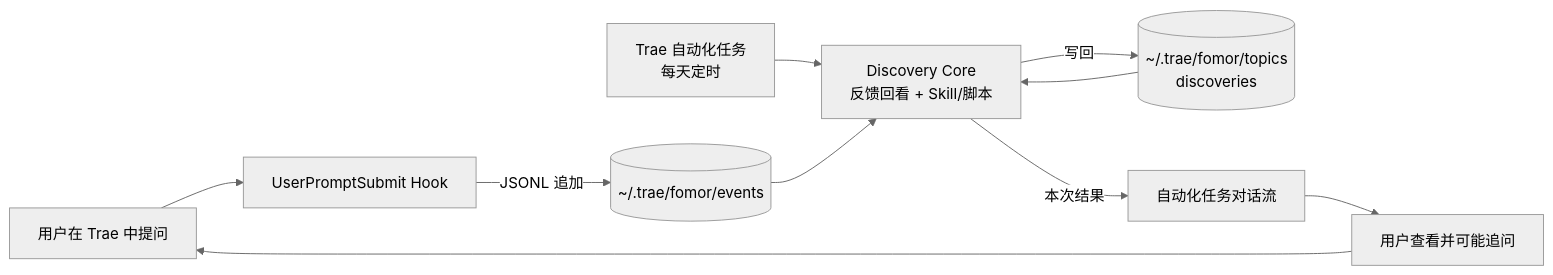
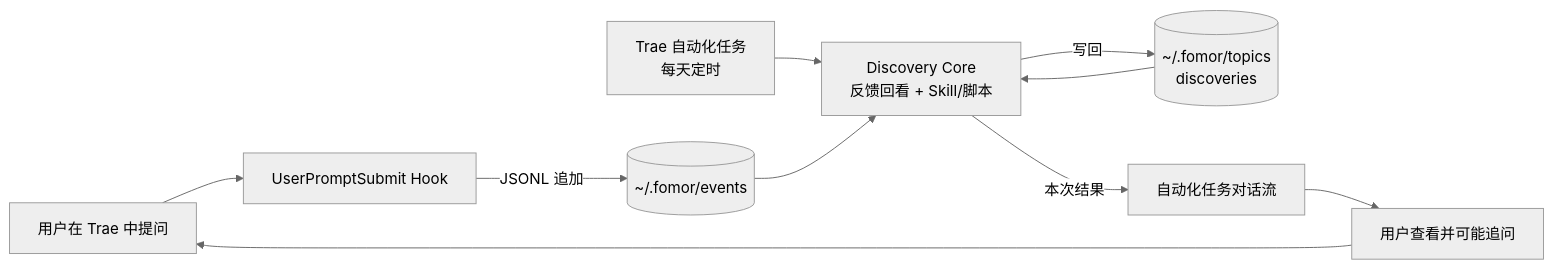
The diagram in docs/TRAE-PLATFORM-RESEARCH.md (LYJ132/Fomor), drawn with Mermaid (neutral theme) before and after one commit. The commit also changed other lines of this file and 3 other files, not shown here.

````diff
--- a/docs/TRAE-PLATFORM-RESEARCH.md
+++ b/docs/TRAE-PLATFORM-RESEARCH.md
@@ -521,12 +528,12 @@
 ```mermaid
 flowchart LR
     U[用户在 Trae 中提问] --> H[UserPromptSubmit Hook]
-    H -->|JSONL 追加| E[(~/.trae/fomor/events)]
+    H -->|JSONL 追加| E[(~/.fomor/events)]
     T[Trae 自动化任务<br/>每天定时] --> C[Discovery Core<br/>反馈回看 + Skill/脚本]
     E --> C
-    M[(~/.trae/fomor/topics<br/>discoveries)] --> C
+    M[(~/.fomor/topics<br/>discoveries)] --> C
     C -->|写回| M
     C -->|本次结果| O[自动化任务对话流]
     O --> V[用户查看并可能追问]
     V --> U
 ```
````
